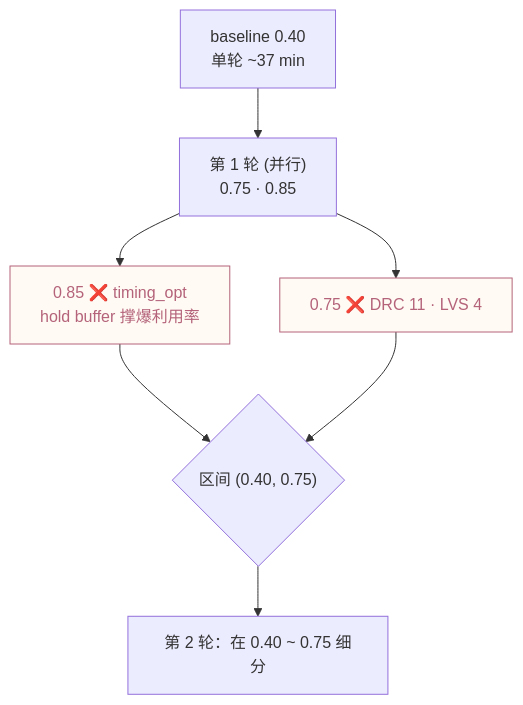
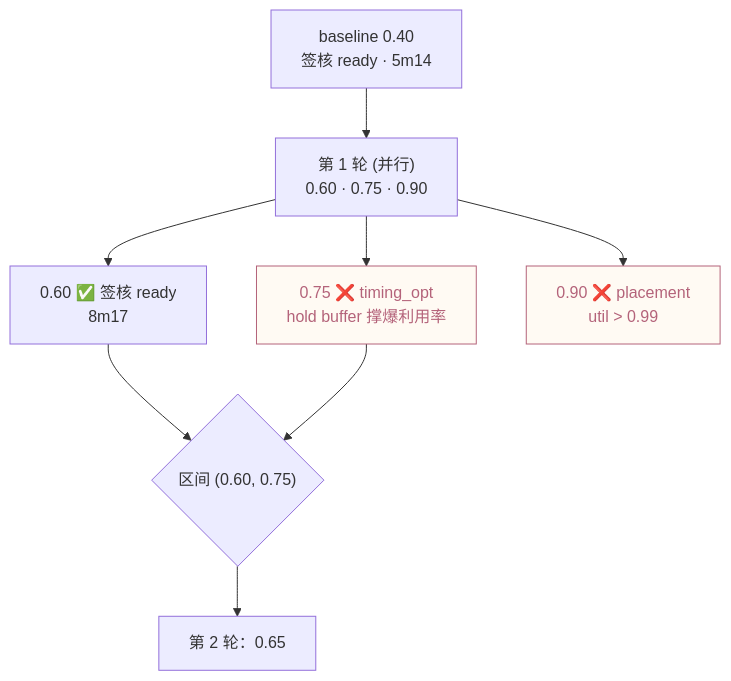
One commit to openecos-projects/rvsc-tutorial-2026 changed the fourth of 6 diagrams in slides/slides.md. Above: the diagram before and after it, drawn with Mermaid. The commit also changed other lines of this file and 1 other file, not shown here.

````diff
--- a/slides/slides.md
+++ b/slides/slides.md
@@ -1157,12 +1165,13 @@
 ```mermaid {scale: 0.5}
 flowchart TB
-  S["baseline 0.40<br/>单轮 ~37 min"] --> R1["第 1 轮 (并行)<br/>0.75 · 0.85"]
-  R1 --> A["0.85 ❌ timing_opt<br/>hold buffer 撑爆利用率"]
-  R1 --> B["0.75 ❌ DRC 11 · LVS 4"]
-  A --> D{"区间 (0.40, 0.75)"}
+  S["baseline 0.40<br/>签核 ready · 5m14"] --> R1["第 1 轮 (并行)<br/>0.60 · 0.75 · 0.90"]
+  R1 --> A["0.60 ✅ 签核 ready<br/>8m17"]
+  R1 --> B["0.75 ❌ timing_opt<br/>hold buffer 撑爆利用率"]
+  R1 --> C["0.90 ❌ placement<br/>util > 0.99"]
+  A --> D{"区间 (0.60, 0.75)"}
   B --> D
-  D --> R2["第 2 轮：在 0.40 ~ 0.75 细分"]
+  D --> R2["第 2 轮：0.65"]
 
   classDef bad fill:#fffaf3,stroke:#b4637a,color:#b4637a;
-  class A,B bad;
+  class B,C bad;
 ```
````
